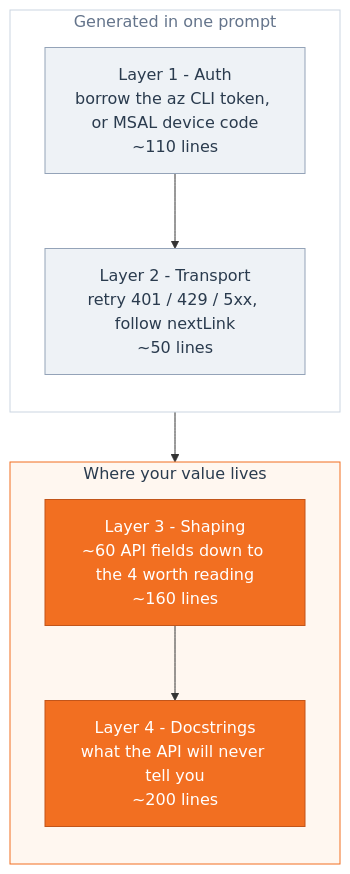
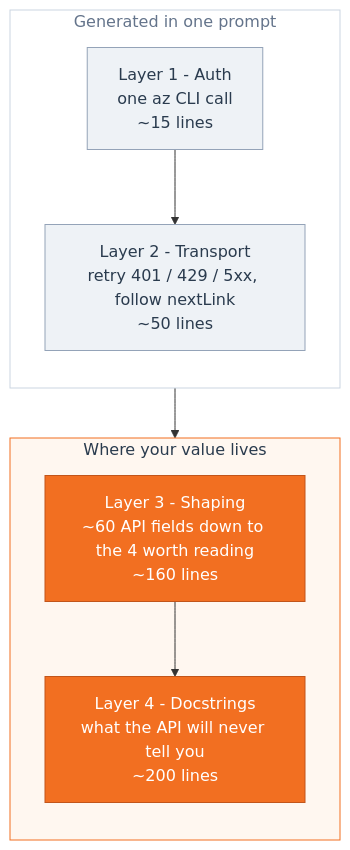
The first of 5 diagrams in README.md (OwnOptic/power-automate-mcp), drawn with Mermaid before and after one commit. The commit also changed other lines of this file and 4 other files, not shown here.

Commit message:
refactor: drop the device-code path, az-only auth

````diff
--- a/README.md
+++ b/README.md
@@ -77,23 +77,23 @@
 ```mermaid
 flowchart TB
     subgraph gen["Generated in one prompt"]
         direction TB
-        L1["Layer 1 - Auth<br/>borrow the az CLI token, or MSAL device code<br/>~110 lines"]
+        L1["Layer 1 - Auth<br/>one az CLI call<br/>~15 lines"]
         L2["Layer 2 - Transport<br/>retry 401 / 429 / 5xx, follow nextLink<br/>~50 lines"]
         L1 --> L2
     end
     subgraph own["Where your value lives"]
         direction TB
         L3["Layer 3 - Shaping<br/>~60 API fields down to the 4 worth reading<br/>~160 lines"]
         L4["Layer 4 - Docstrings<br/>what the API will never tell you<br/>~200 lines"]
         L3 --> L4
     end
     gen --> own
 
     classDef cheap fill:#eef2f6,stroke:#94a3b8,color:#2A3B4E
     classDef dear fill:#F26F21,stroke:#c2551a,color:#ffffff
     class L1,L2 cheap
     class L3,L4 dear
     style gen fill:#ffffff,stroke:#cbd5e1,color:#64748b
     style own fill:#fff7f0,stroke:#F26F21,color:#2A3B4E
 ```
````
